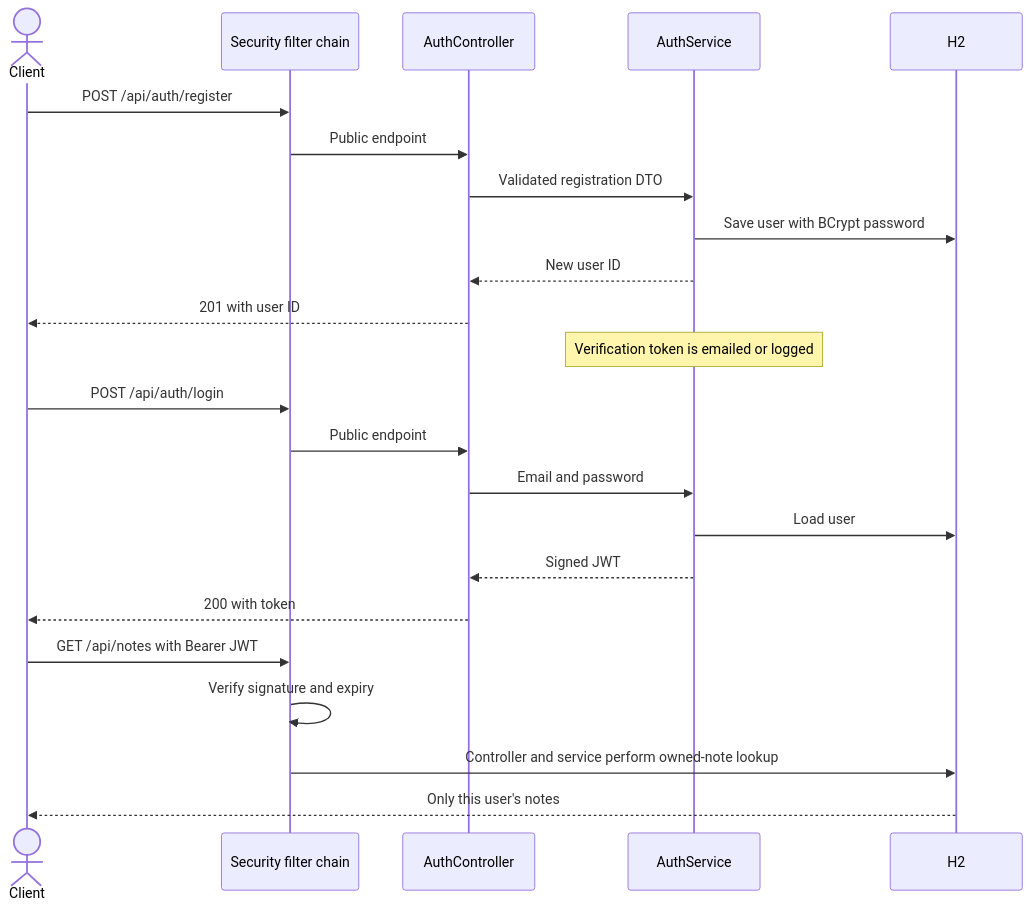
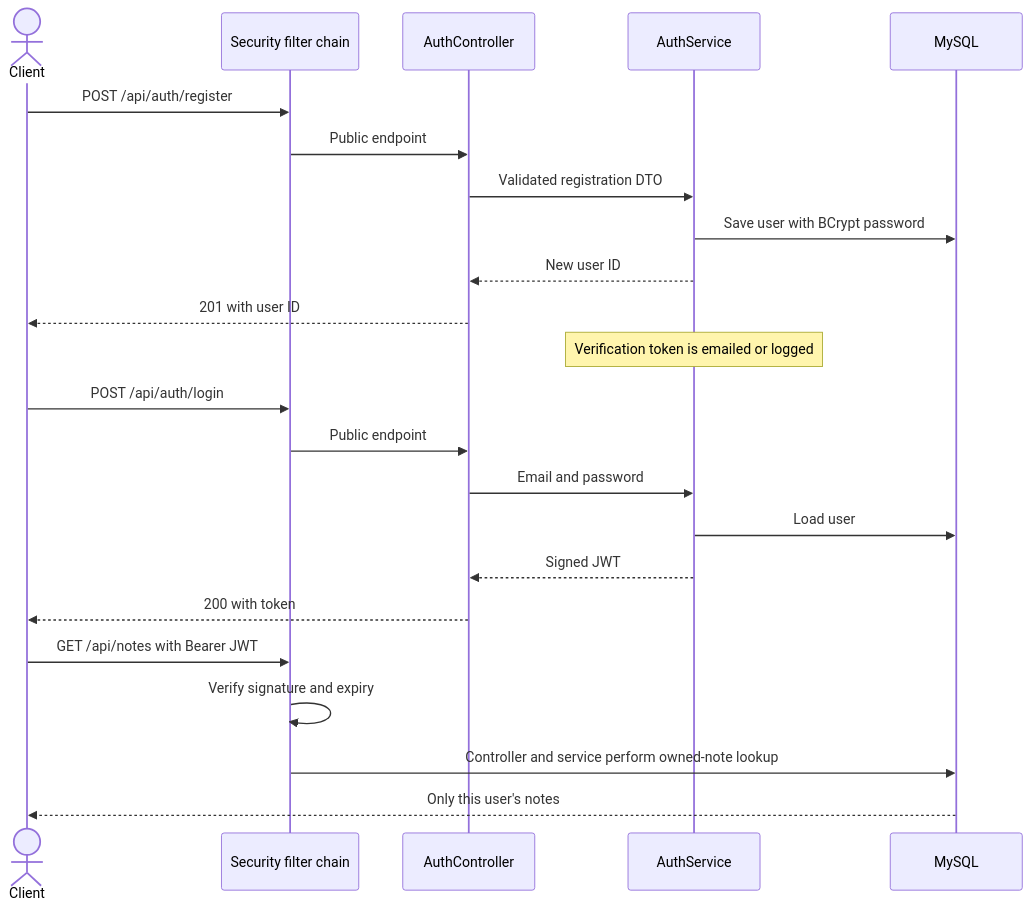
One commit to Mihir-Lakhani/Bridgelabz-Fundoo-Notes changed the third of 5 diagrams in README.md. Above: the diagram before and after it, drawn with Mermaid. The commit also changed other lines of this file, not shown here.

Commit message:
[Mihir Lakhani] : Document MySQL setup

````diff
--- a/README.md
+++ b/README.md
@@ -103,25 +105,25 @@
 ```mermaid
 sequenceDiagram
     actor Client
     participant Security as Security filter chain
     participant Auth as AuthController
     participant Service as AuthService
-    participant DB as H2
+    participant DB as MySQL
     Client->>Security: POST /api/auth/register
     Security->>Auth: Public endpoint
     Auth->>Service: Validated registration DTO
     Service->>DB: Save user with BCrypt password
     Service-->>Auth: New user ID
     Auth-->>Client: 201 with user ID
     Note over Service: Verification token is emailed or logged
     Client->>Security: POST /api/auth/login
     Security->>Auth: Public endpoint
     Auth->>Service: Email and password
     Service->>DB: Load user
     Service-->>Auth: Signed JWT
     Auth-->>Client: 200 with token
     Client->>Security: GET /api/notes with Bearer JWT
     Security->>Security: Verify signature and expiry
     Security->>DB: Controller and service perform owned-note lookup
     DB-->>Client: Only this user's notes
 ```
````
